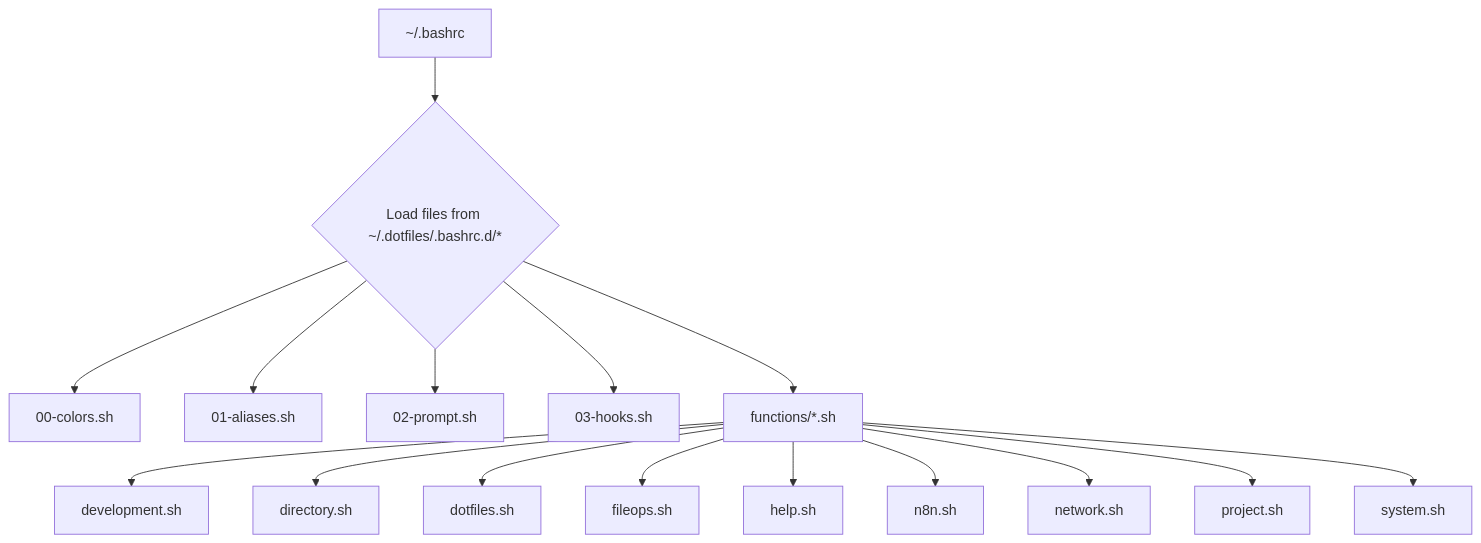
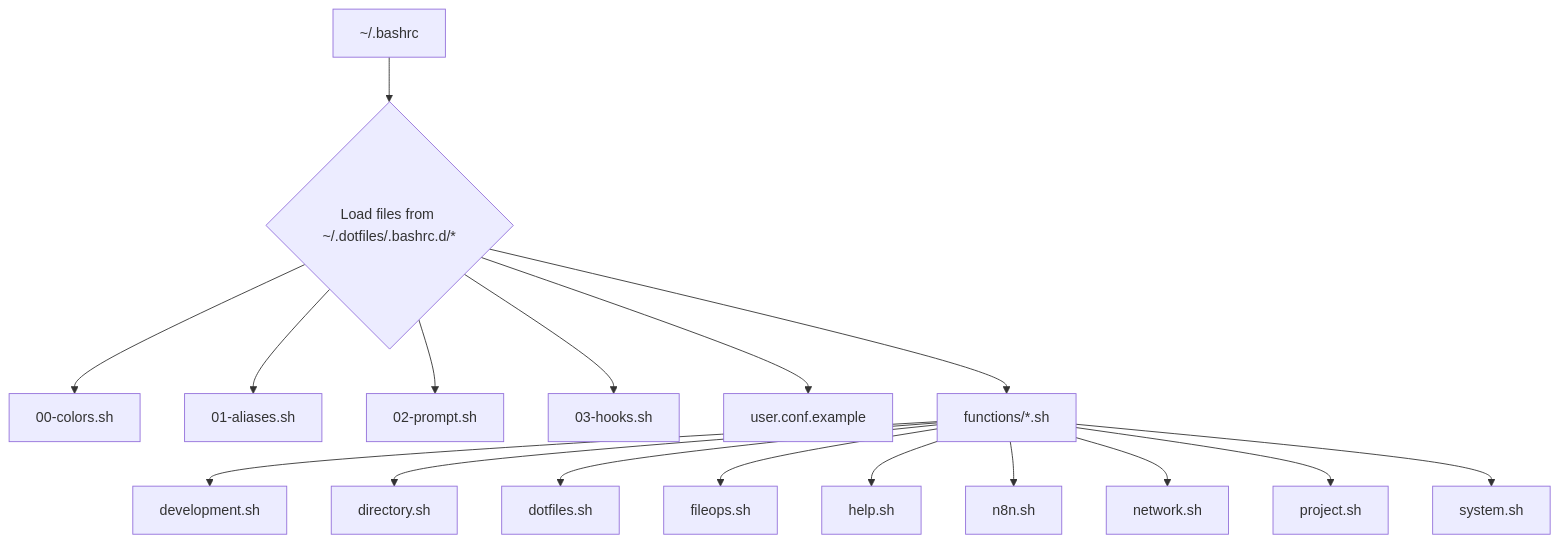
The diagram in docs/architecture.md (afif25fradana/Felis-Shell-Modular-Dotfile), drawn with Mermaid before and after one commit. The commit also changed 14 other files, not shown here.

````diff
--- a/docs/architecture.md
+++ b/docs/architecture.md
@@ -17,18 +17,19 @@
 ```mermaid
 graph TD
     A[~/.bashrc] --> B{Load files from ~/.dotfiles/.bashrc.d/*};
     B --> C[00-colors.sh];
     B --> D[01-aliases.sh];
     B --> E[02-prompt.sh];
     B --> F[03-hooks.sh];
-    B --> G[functions/*.sh];
-    G --> H[development.sh];
-    G --> I[directory.sh];
-    G --> J[dotfiles.sh];
-    G --> K[fileops.sh];
-    G --> L[help.sh];
-    G --> M[n8n.sh];
-    G --> N[network.sh];
-    G --> O[project.sh];
-    G --> P[system.sh];
+    B --> G[user.conf.example];
+    B --> H[functions/*.sh];
+    H --> I[development.sh];
+    H --> J[directory.sh];
+    H --> K[dotfiles.sh];
+    H --> L[fileops.sh];
+    H --> M[help.sh];
+    H --> N[n8n.sh];
+    H --> O[network.sh];
+    H --> P[project.sh];
+    H --> Q[system.sh];
 ```
````
